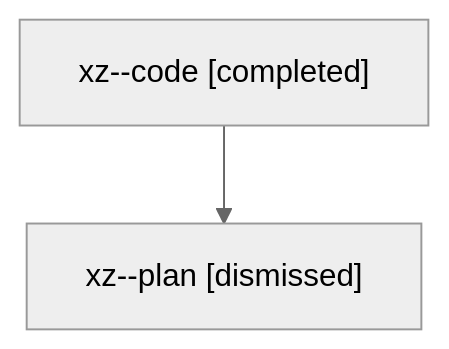
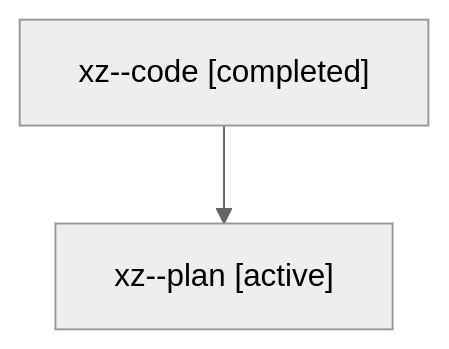
The diagram in families/bbugyi200.athena.xz.md (sase-org/sase--agents), drawn with Mermaid (neutral theme) before and after one commit. The commit also changed other lines of this file and 35830 other files, not shown here.

````diff
--- a/families/bbugyi200.athena.xz.md
+++ b/families/bbugyi200.athena.xz.md
@@ -9,6 +9,6 @@
 ```mermaid
 flowchart TD
   n0["xz--code [completed]"]
-  n1["xz--plan [dismissed]"]
+  n1["xz--plan [active]"]
   n0 --> n1
 ```
````
